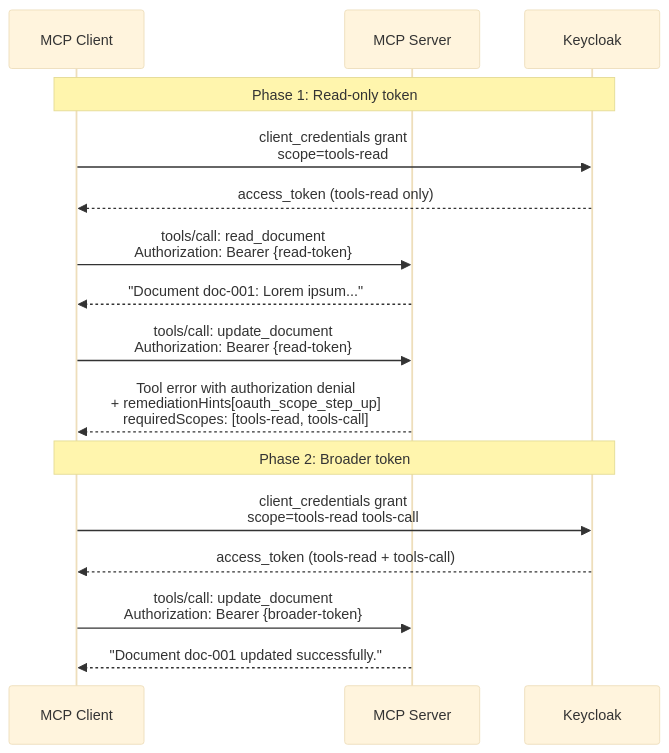
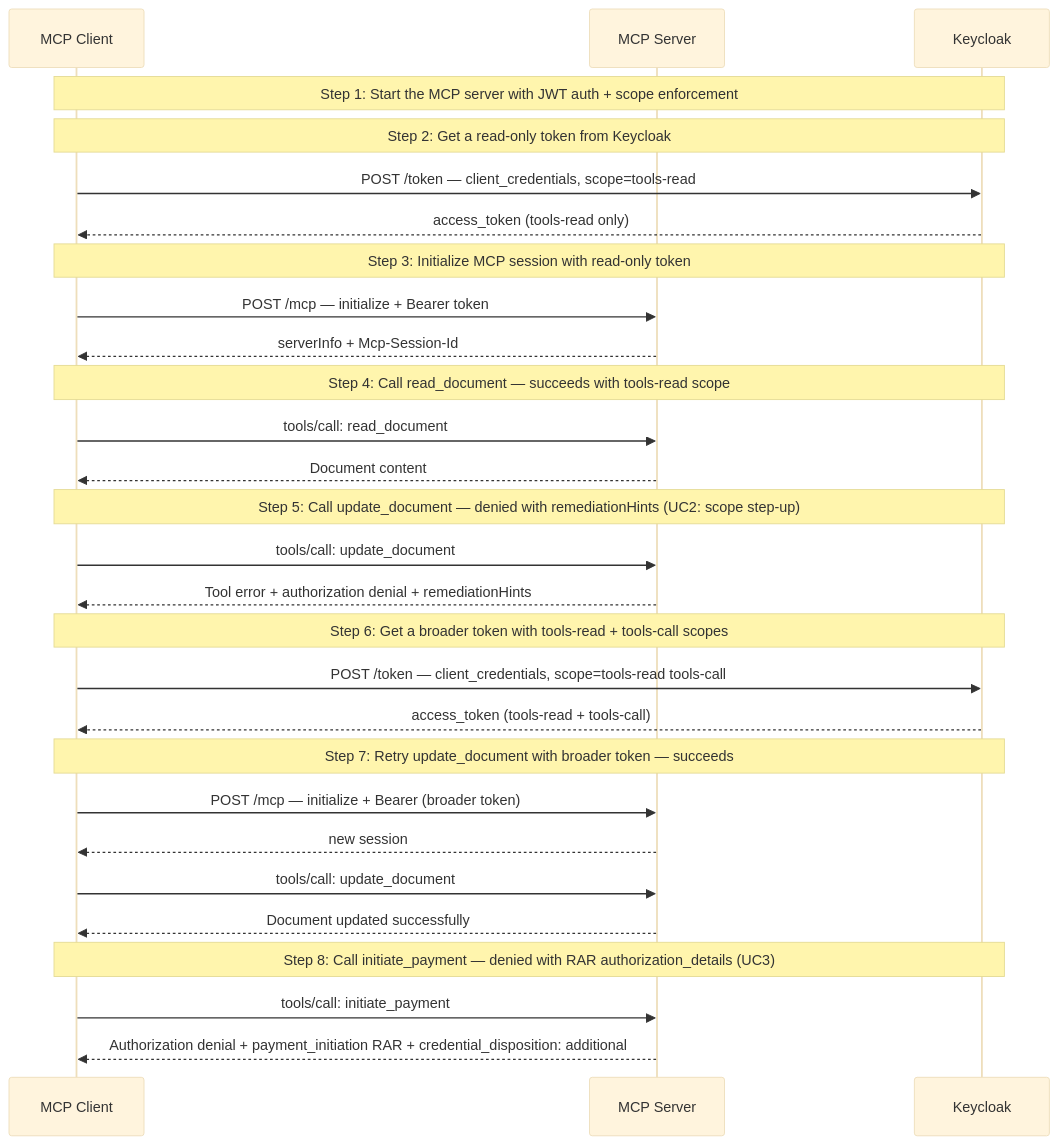
Before and after one commit to panyam/mcpkit: the diagram in examples/fine-grained-auth/README.md, drawn with Mermaid (base theme). The commit also changed other lines of this file and 4 other files, not shown here.

````diff
--- a/examples/fine-grained-auth/README.md
+++ b/examples/fine-grained-auth/README.md
@@ -52,25 +18,38 @@
 ```mermaid
 sequenceDiagram
     participant Client as MCP Client
     participant Server as MCP Server
     participant KC as Keycloak
 
-    Note over Client,KC: Phase 1: Read-only token
+    Note over Client,KC: Step 1: Start the MCP server with JWT auth + scope enforcement
 
-    Client->>KC: client_credentials grant<br/>scope=tools-read
+    Note over Client,KC: Step 2: Get a read-only token from Keycloak
+    Client->>KC: POST /token — client_credentials, scope=tools-read
     KC-->>Client: access_token (tools-read only)
 
-    Client->>Server: tools/call: read_document<br/>Authorization: Bearer {read-token}
-    Server-->>Client: "Document doc-001: Lorem ipsum..."
+    Note over Client,KC: Step 3: Initialize MCP session with read-only token
+    Client->>Server: POST /mcp — initialize + Bearer token
+    Server-->>Client: serverInfo + Mcp-Session-Id
 
-    Client->>Server: tools/call: update_document<br/>Authorization: Bearer {read-token}
-    Server-->>Client: Tool error with authorization denial<br/>+ remediationHints[oauth_scope_step_up]<br/>requiredScopes: [tools-read, tools-call]
+    Note over Client,KC: Step 4: Call read_document — succeeds with tools-read scope
+    Client->>Server: tools/call: read_document
+    Server-->>Client: Document content
 
-    Note over Client,KC: Phase 2: Broader token
+    Note over Client,KC: Step 5: Call update_document — denied with remediationHints (UC2: scope step-up)
+    Client->>Server: tools/call: update_document
+    Server-->>Client: Tool error + authorization denial + remediationHints
 
-    Client->>KC: client_credentials grant<br/>scope=tools-read tools-call
+    Note over Client,KC: Step 6: Get a broader token with tools-read + tools-call scopes
+    Client->>KC: POST /token — client_credentials, scope=tools-read tools-call
     KC-->>Client: access_token (tools-read + tools-call)
 
-    Client->>Server: tools/call: update_document<br/>Authorization: Bearer {broader-token}
-    Server-->>Client: "Document doc-001 updated successfully."
+    Note over Client,KC: Step 7: Retry update_document with broader token — succeeds
+    Client->>Server: POST /mcp — initialize + Bearer (broader token)
+    Server-->>Client: new session
+    Client->>Server: tools/call: update_document
+    Server-->>Client: Document updated successfully
+
+    Note over Client,KC: Step 8: Call initiate_payment — denied with RAR authorization_details (UC3)
+    Client->>Server: tools/call: initiate_payment
+    Server-->>Client: Authorization denial + payment_initiation RAR + credential_disposition: additional
 ```
````
